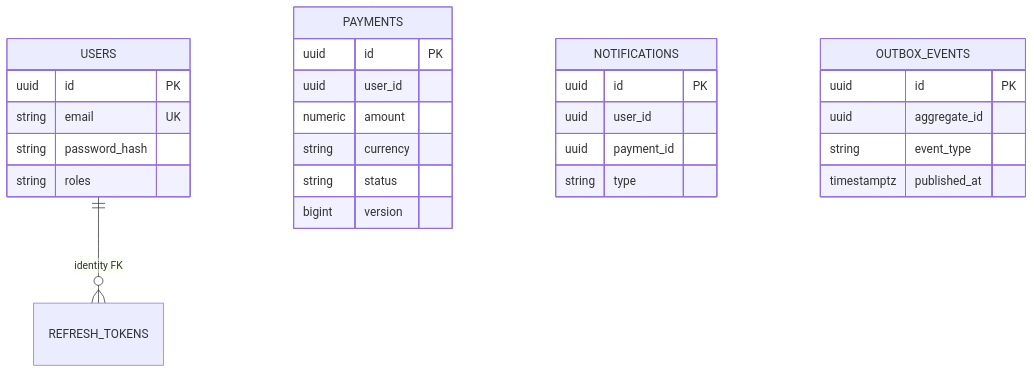
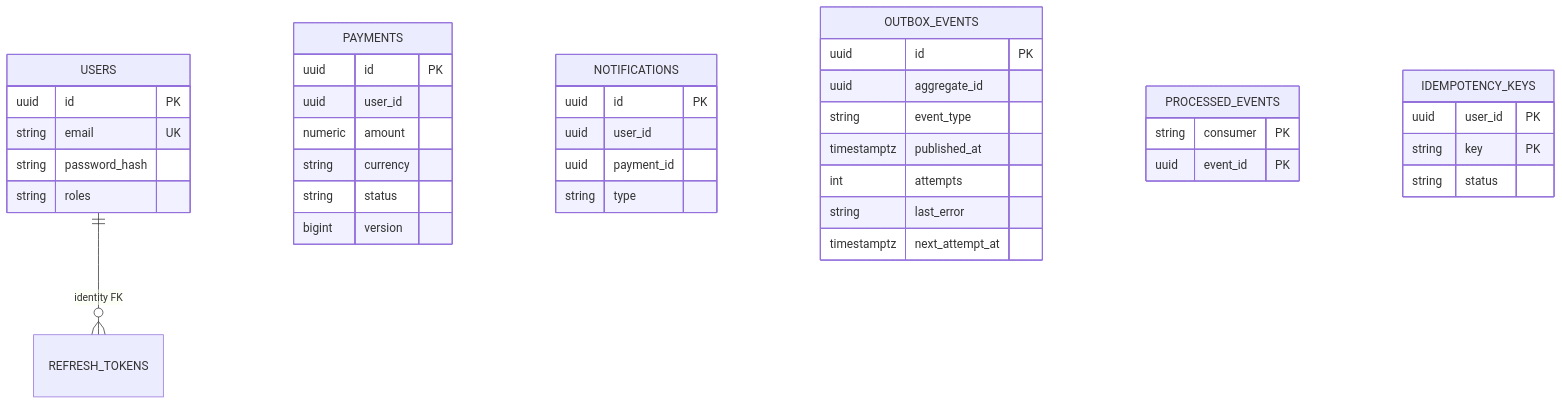
One commit to Andersonlimahw/java-clean-arch-sample changed the fifth of 5 diagrams in docs/architecture.md. Above: the diagram before and after it, drawn with Mermaid. The commit also changed other lines of this file and 5 other files, not shown here.

First line of the commit message:
docs: close remaining architecture review nits

````diff
--- a/docs/architecture.md
+++ b/docs/architecture.md
@@ -147,30 +156,42 @@
 ```mermaid
 erDiagram
     USERS ||--o{ REFRESH_TOKENS : "identity FK"
     USERS {
         uuid id PK
         string email UK
         string password_hash
         string roles
     }
     PAYMENTS {
         uuid id PK
         uuid user_id
         numeric amount
         string currency
         string status
         bigint version
     }
     NOTIFICATIONS {
         uuid id PK
         uuid user_id
         uuid payment_id
         string type
     }
     OUTBOX_EVENTS {
         uuid id PK
         uuid aggregate_id
         string event_type
         timestamptz published_at
+        int attempts
+        string last_error
+        timestamptz next_attempt_at
+    }
+    PROCESSED_EVENTS {
+        string consumer PK
+        uuid event_id PK
+    }
+    IDEMPOTENCY_KEYS {
+        uuid user_id PK
+        string key PK
+        string status
     }
 ```
````
